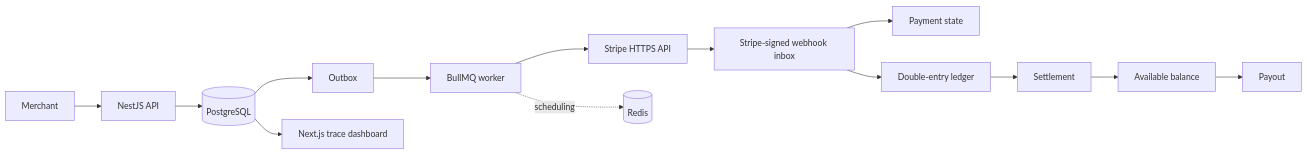
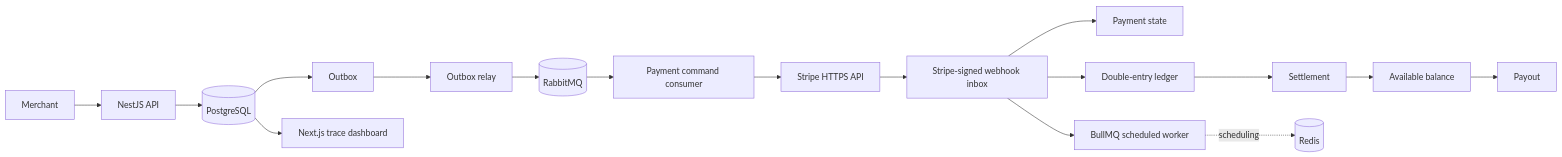
One commit to daniel-tsx/fintech changed the diagram in README.md. Above: the diagram before and after it, drawn with Mermaid. The commit also changed other lines of this file and 29 other files, not shown here.

````diff
--- a/README.md
+++ b/README.md
@@ -9,16 +9,19 @@
 ```mermaid
 flowchart LR
   Merchant --> API[NestJS API]
   API --> DB[(PostgreSQL)]
   DB --> Outbox
-  Outbox --> Worker[BullMQ worker]
-  Worker --> PSP[Stripe HTTPS API]
+  Outbox --> Relay[Outbox relay]
+  Relay --> Rabbit[(RabbitMQ)]
+  Rabbit --> Consumer[Payment command consumer]
+  Consumer --> PSP[Stripe HTTPS API]
   PSP --> Inbox[Stripe-signed webhook inbox]
   Inbox --> Payment[Payment state]
   Inbox --> Ledger[Double-entry ledger]
   Ledger --> Settlement
   Settlement --> Available[Available balance]
   Available --> Payout
   DB --> Dashboard[Next.js trace dashboard]
+  Inbox --> Worker[BullMQ scheduled worker]
   Worker -. scheduling .-> Redis[(Redis)]
 ```
````
